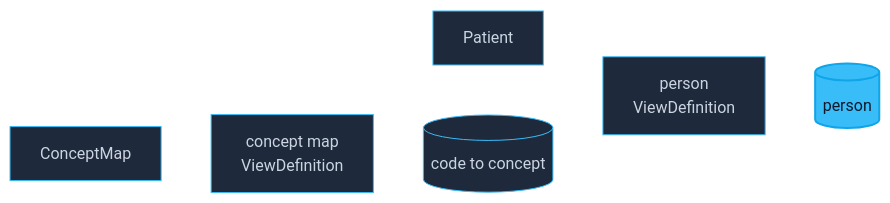
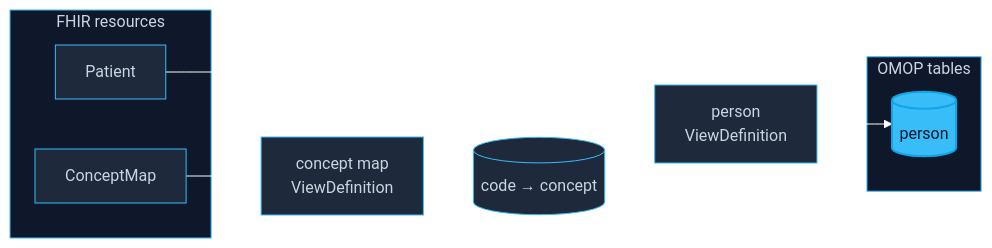
One commit to fhir4ds/fhir4ds changed the diagram in web/website/docs/examples/fhir-to-omop.mdx. Above: the diagram before and after it, drawn with Mermaid (forest theme). The commit also changed other lines of this file and 1 other file, not shown here.

First line of the commit message:
docs(examples): group the OMOP diagram; add the integer-key step

````diff
--- a/web/website/docs/examples/fhir-to-omop.mdx
+++ b/web/website/docs/examples/fhir-to-omop.mdx
@@ -20,15 +20,26 @@
 ```mermaid
 flowchart LR
-    Patient[Patient] --> VD[person<br/>ViewDefinition]
-    ConceptMap[ConceptMap] --> MapVD[concept map<br/>ViewDefinition] --> Map[(code to concept)]
-    Map --> VD
-    VD --> Person[(person)]
+    subgraph FHIR["FHIR resources"]
+        Patient[Patient]
+        ConceptMap[ConceptMap]
+    end
+
+    subgraph OMOP["OMOP tables"]
+        Person[(person)]
+    end
+
+    Patient --> PersonVD["person<br/>ViewDefinition"]
+    ConceptMap --> MapVD["concept map<br/>ViewDefinition"] --> Map[("code → concept")]
+    Map --> PersonVD
+    PersonVD --> Person
 
     classDef default fill:#1e293b,stroke:#38bdf8,color:#cbd5e1,stroke-width:1px
     classDef highlight fill:#38bdf8,stroke:#0ea5e9,color:#0f172a,stroke-width:2px
 
-    class Patient,ConceptMap,VD,MapVD,Map default
+    class Patient,ConceptMap,PersonVD,MapVD,Map default
     class Person highlight
 
     linkStyle default stroke:#fff,stroke-width:1px
+    style FHIR fill:#0f172a,stroke:#38bdf8,color:#cbd5e1
+    style OMOP fill:#0f172a,stroke:#38bdf8,color:#cbd5e1
 ```
````
